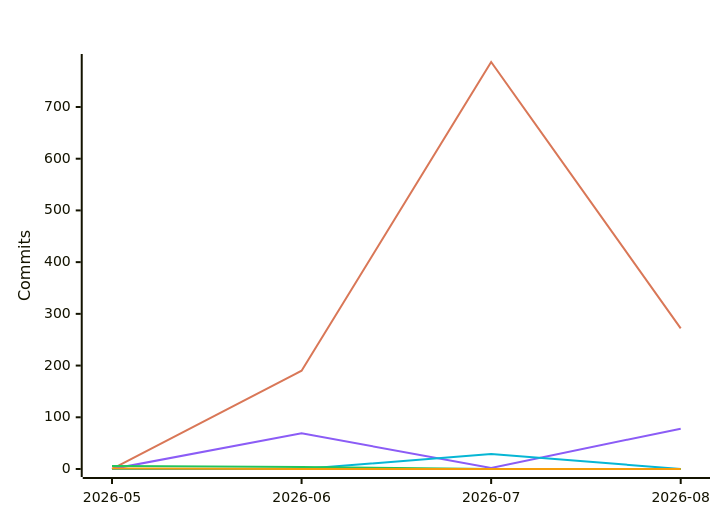
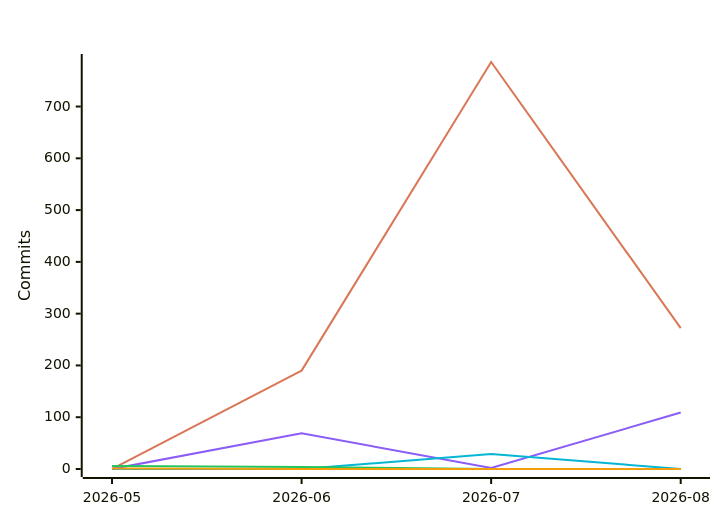
The fifth of 7 diagrams in README.md (polo-nyan/polo-nyan), drawn with Mermaid before and after one commit. The commit also changed other lines of this file and 1 other file, not shown here.

````diff
--- a/README.md
+++ b/README.md
@@ -313,12 +313,12 @@
 ```mermaid
 %%{init: {"xyChart": {"titleColor": "#ffffff", "xAxisLabelColor": "#ffffff", "yAxisLabelColor": "#ffffff"}, "themeVariables": {"xyChart": {"titleColor": "#ffffff", "plotColorPalette": "#d97757, #8b5cf6, #06b6d4, #22c55e, #f59e0b, #ec4899"}}}}%%
 xychart-beta
     title "Commits Per Month by Model Family"
     x-axis ["2026-05", "2026-06", "2026-07", "2026-08"]
     y-axis "Commits"
-    line [0, 190, 787, 272]
-    line [0, 69, 2, 78]
+    line [0, 190, 786, 272]
+    line [0, 69, 2, 109]
     line [0, 0, 29, 0]
     line [6, 4, 0, 0]
     line [1, 0, 0, 0]
 ```
````
